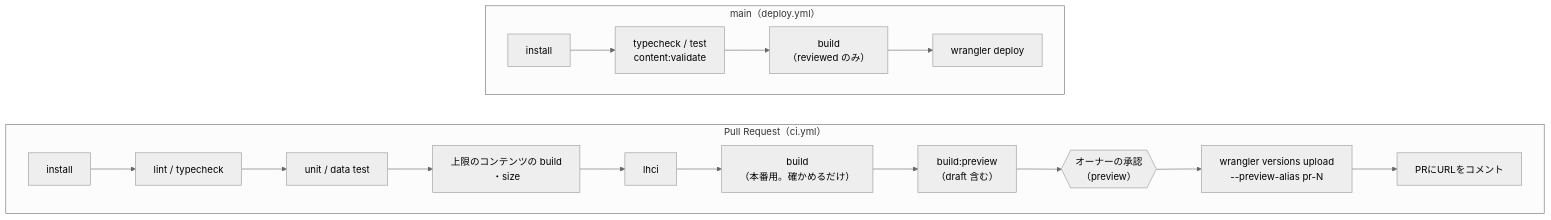
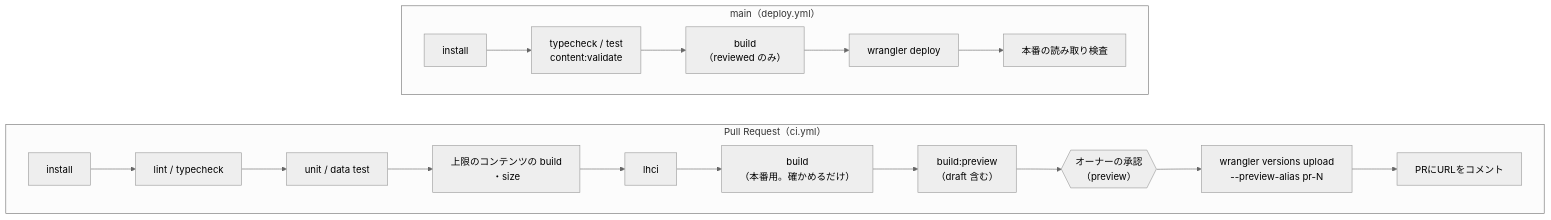
One commit to vivastack-labs/vivastack-build-maps changed the fourth of 5 diagrams in docs/development-overview.md. Above: the diagram before and after it, drawn with Mermaid (neutral theme). The commit also changed other lines of this file and 14 other files, not shown here.

````diff
--- a/docs/development-overview.md
+++ b/docs/development-overview.md
@@ -1181,21 +1181,22 @@
 ```mermaid
 flowchart LR
   subgraph PR["Pull Request（ci.yml）"]
     direction LR
     A1[install] --> A2[lint / typecheck]
     A2 --> A3[unit / data test]
     A3 --> A4["上限のコンテンツの build<br/>・size"]
     A4 --> A5[lhci]
     A5 --> A6a["build<br/>（本番用。確かめるだけ）"]
     A6a --> A6["build:preview<br/>（draft 含む）"]
     A6 --> AP{{オーナーの承認<br/>（preview）}}
     AP --> A7["wrangler versions upload<br/>--preview-alias pr-N"]
     A7 --> A8[PRにURLをコメント]
   end
   subgraph MAIN["main（deploy.yml）"]
     direction LR
     B1[install] --> B2["typecheck / test<br/>content:validate"]
     B2 --> B3["build<br/>（reviewed のみ）"]
     B3 --> B5[wrangler deploy]
+    B5 --> B6[本番の読み取り検査]
   end
 ```
````
